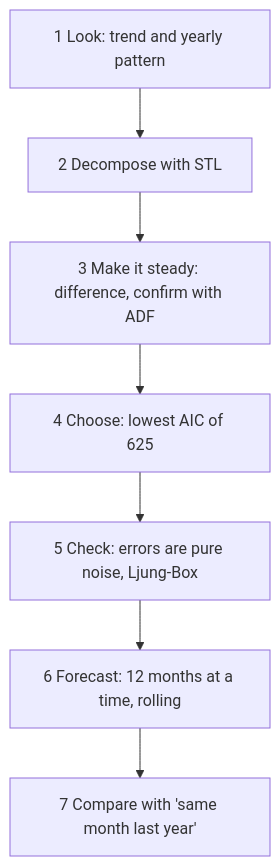
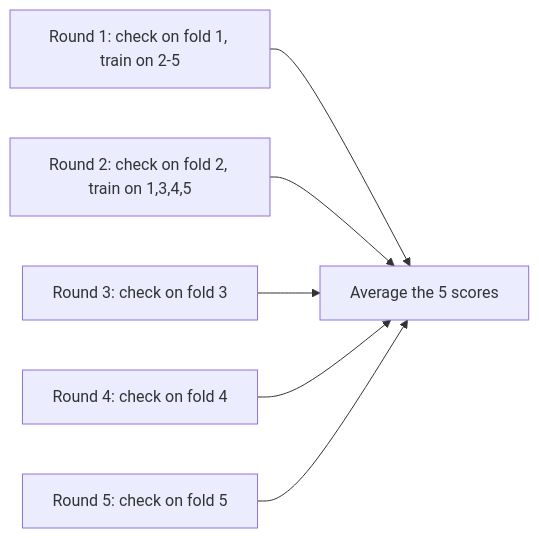
One commit to tharungajula2/loud-recall changed diagram 12 of 12 in content/life/my-work/my-work-cheatsheet.md. Above: the diagram before and after it, drawn with Mermaid. The commit also changed other lines of this file, not shown here.

````diff
--- a/content/life/my-work/my-work-cheatsheet.md
+++ b/content/life/my-work/my-work-cheatsheet.md
@@ -965,9 +1971,8 @@
 ```mermaid
-flowchart TD
-    A["1 Look: trend and yearly pattern"] --> B["2 Decompose with STL"]
-    B --> C["3 Make it steady: difference, confirm with ADF"]
-    C --> D["4 Choose: lowest AIC of 625"]
-    D --> E["5 Check: errors are pure noise, Ljung-Box"]
-    E --> F["6 Forecast: 12 months at a time, rolling"]
-    F --> G["7 Compare with 'same month last year'"]
+flowchart LR
+    A["Round 1: check on fold 1, train on 2-5"] --> F["Average the 5 scores"]
+    B["Round 2: check on fold 2, train on 1,3,4,5"] --> F
+    C["Round 3: check on fold 3"] --> F
+    D["Round 4: check on fold 4"] --> F
+    E["Round 5: check on fold 5"] --> F
 ```
````
